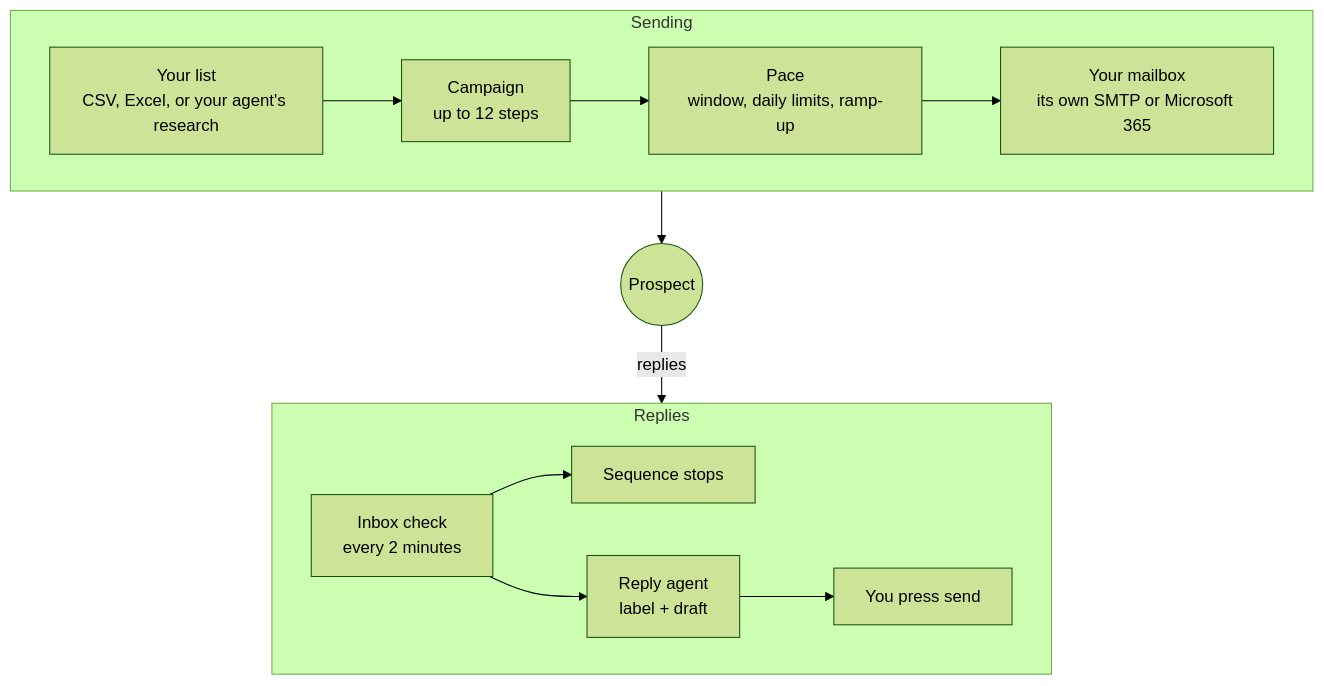
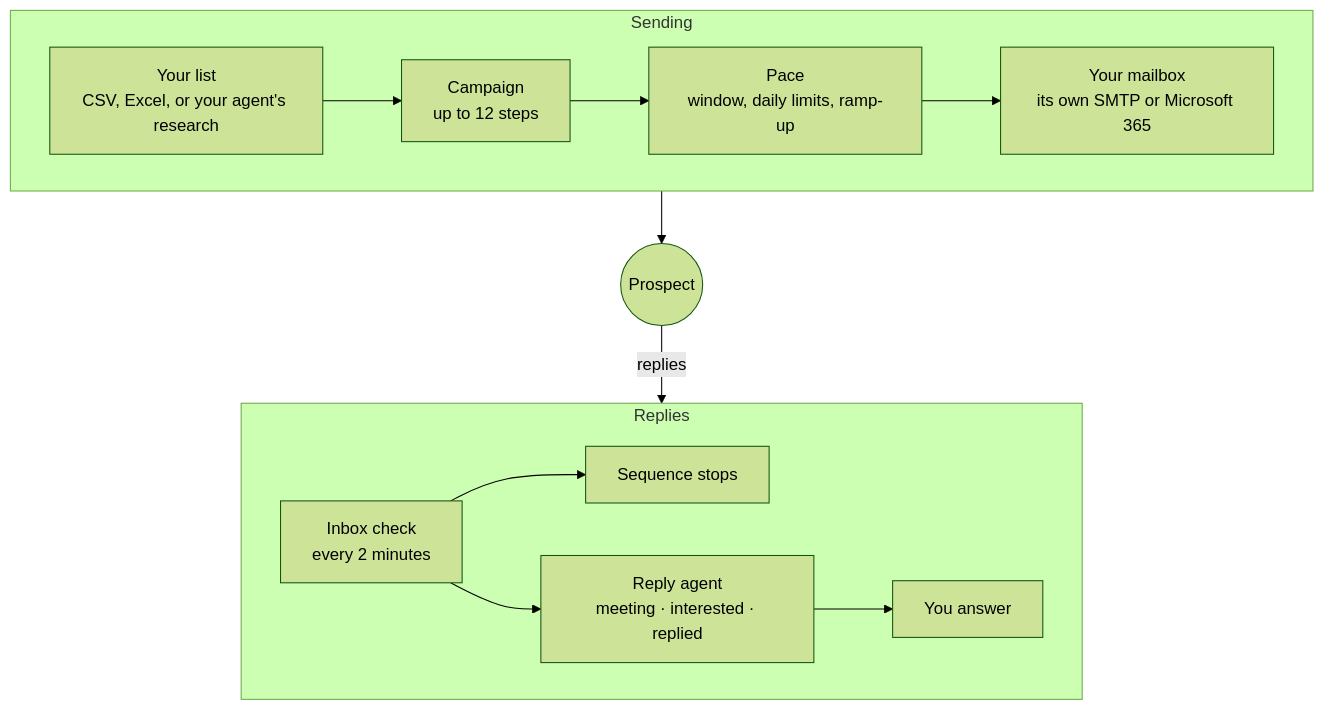
The first of 2 diagrams in README.md (gabrilator/hedwig), drawn with Mermaid (forest theme) before and after one commit. The commit also changed other lines of this file and 68 other files, not shown here.

````diff
--- a/README.md
+++ b/README.md
@@ -47,17 +47,17 @@
 ```mermaid
 flowchart TB
   subgraph sending ["Sending"]
     direction LR
     list["Your list<br/>CSV, Excel, or your agent's research"] --> campaign["Campaign<br/>up to 12 steps"]
     campaign --> pace["Pace<br/>window, daily limits, ramp-up"]
     pace --> mailbox["Your mailbox<br/>its own SMTP or Microsoft 365"]
   end
   subgraph replies ["Replies"]
     direction LR
     inbox["Inbox check<br/>every 2 minutes"] --> stop["Sequence stops"]
-    inbox --> agent["Reply agent<br/>label + draft"]
-    agent --> you["You press send"]
+    inbox --> agent["Reply agent<br/>meeting · interested · replied"]
+    agent --> you["You answer"]
   end
   sending --> person(("Prospect"))
   person -->|replies| replies
 ```
````
